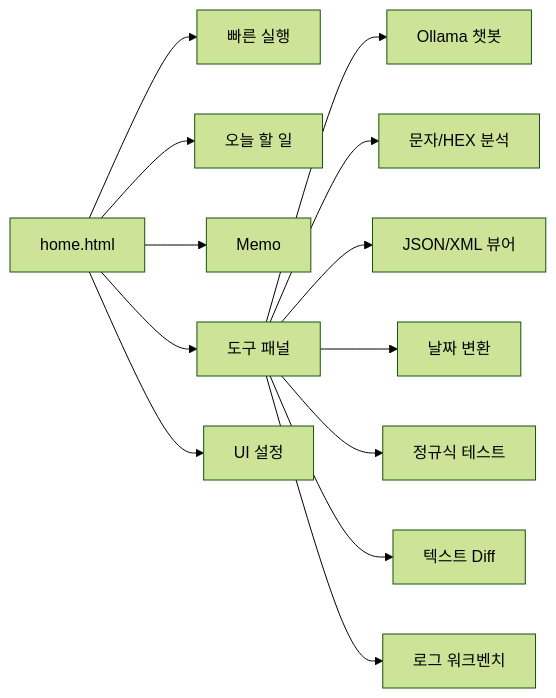
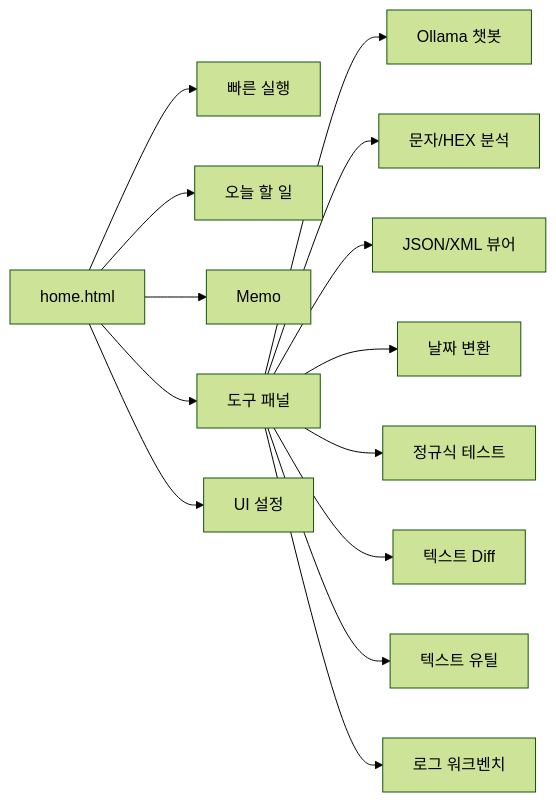
Before and after one commit to kjsu1994/Good_ETC: the diagram in README.md, drawn with Mermaid (forest theme). The commit also changed other lines of this file and 2 other files, not shown here.

````diff
--- a/README.md
+++ b/README.md
@@ -12,16 +12,17 @@
 ```mermaid
 flowchart LR
     A[home.html] --> B[빠른 실행]
     A --> C[오늘 할 일]
     A --> D[Memo]
     A --> E[도구 패널]
     A --> F[UI 설정]
 
     E --> E1[Ollama 챗봇]
     E --> E2[문자/HEX 분석]
     E --> E3[JSON/XML 뷰어]
     E --> E4[날짜 변환]
     E --> E5[정규식 테스트]
     E --> E6[텍스트 Diff]
-    E --> E7[로그 워크벤치]
+    E --> E7[텍스트 유틸]
+    E --> E8[로그 워크벤치]
 ```
````
